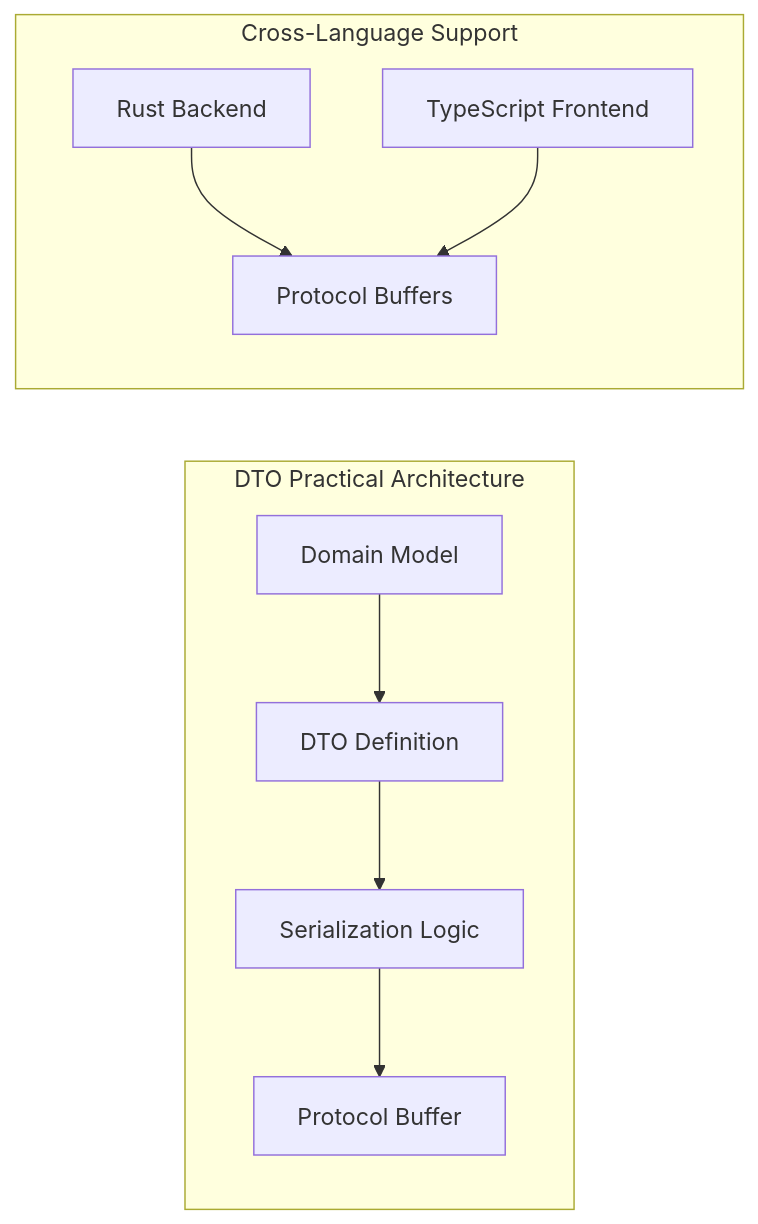
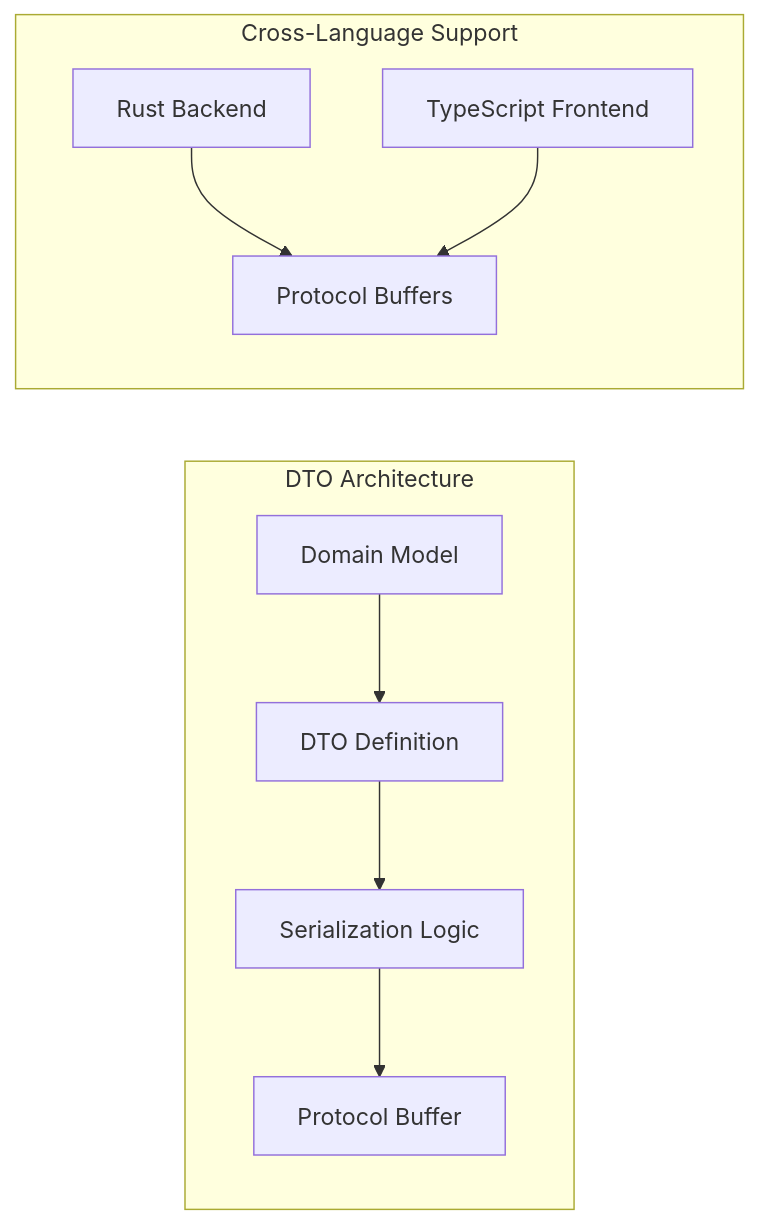
Before and after one commit to CodeEditorLand/Common: the second of 7 diagrams in Documentation/GitHub/Deep Dive.md, drawn with Mermaid. The commit also changed other lines of this file, not shown here.

````diff
--- a/Documentation/GitHub/Deep Dive.md
+++ b/Documentation/GitHub/Deep Dive.md
@@ -118,22 +115,22 @@
 ```mermaid
 graph LR
-    subgraph "DTO Practical Architecture"
+    subgraph "DTO Architecture"
         DomainModel["Domain Model"]
         DTODefinition["DTO Definition"]
         Serialization["Serialization Logic"]
         Protocol["Protocol Buffer"]
 
         DomainModel --> DTODefinition
         DTODefinition --> Serialization
         Serialization --> Protocol
     end
 
     subgraph "Cross-Language Support"
         Rust["Rust Backend"]
         TypeScript["TypeScript Frontend"]
         ProtocolBuf["Protocol Buffers"]
 
         Rust --> ProtocolBuf
         TypeScript --> ProtocolBuf
     end
 ```
````
